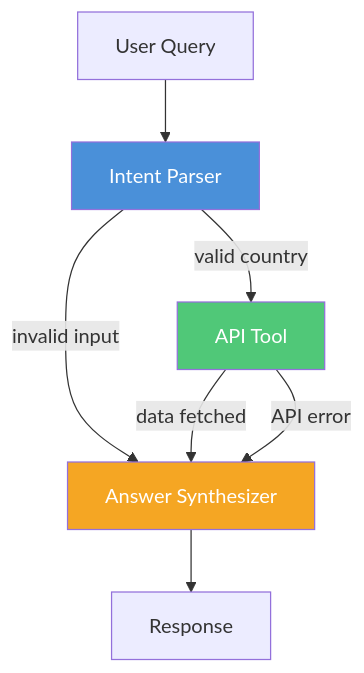
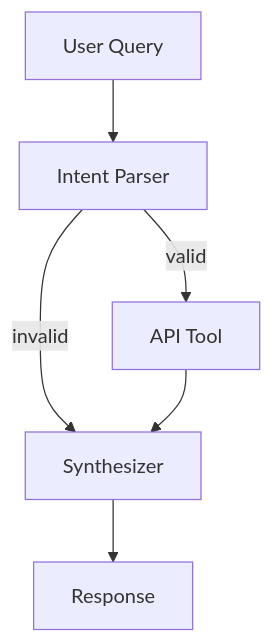
Before and after one commit to AyushSid28/CountryLens: the diagram in README.md, drawn with Mermaid. The commit also changed other lines of this file and 5 other files, not shown here.

````diff
--- a/README.md
+++ b/README.md
@@ -15,13 +15,8 @@
 ```mermaid
 graph TD
     A[User Query] --> B[Intent Parser]
-    B -->|valid country| C[API Tool]
-    B -->|invalid input| D[Answer Synthesizer]
-    C -->|data fetched| D
-    C -->|API error| D
+    B -->|valid| C[API Tool]
+    B -->|invalid| D[Synthesizer]
+    C --> D
     D --> E[Response]
-
-    style B fill:#4a90d9,color:#fff
-    style C fill:#50c878,color:#fff
-    style D fill:#f5a623,color:#fff
 ```
````
